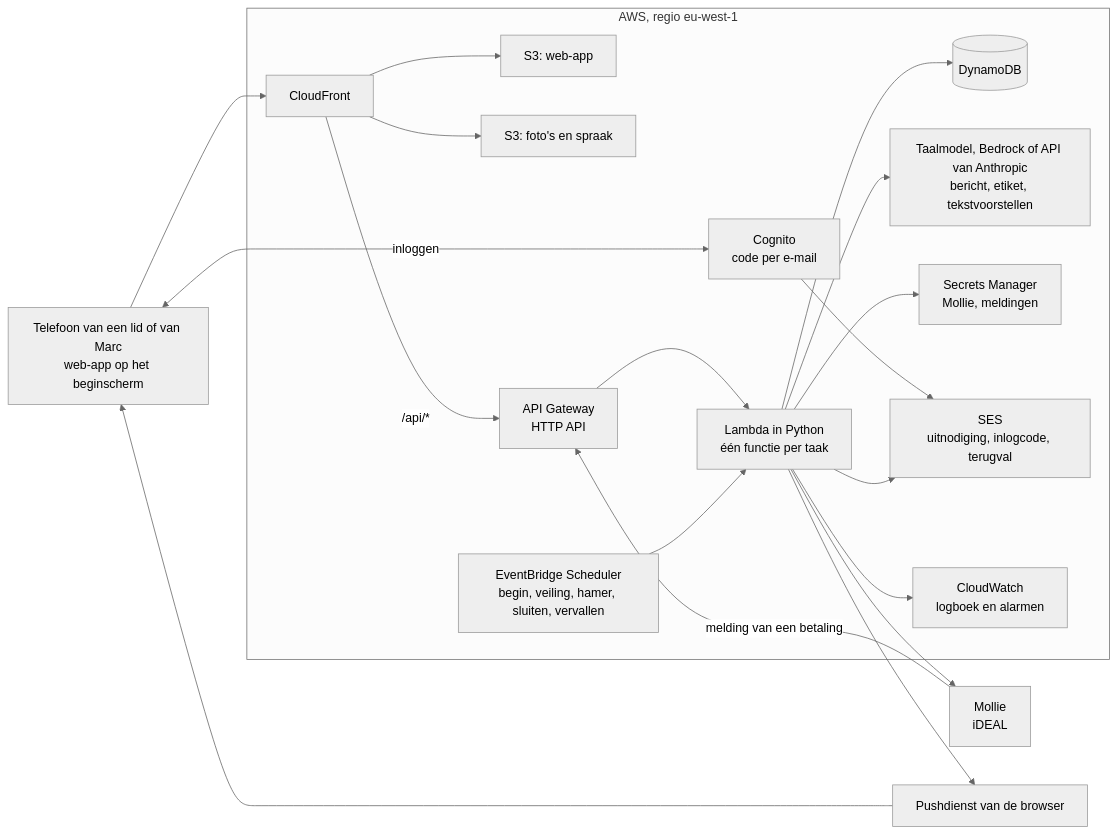
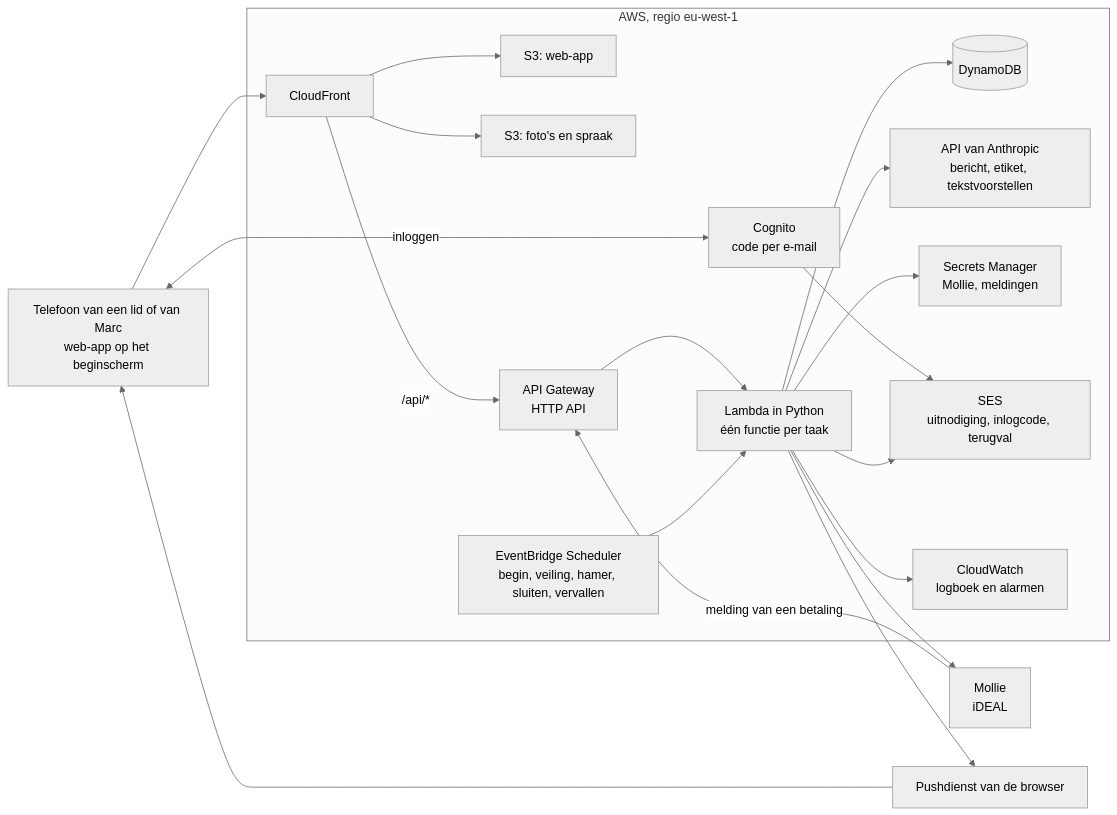
One commit to aidanvanlatestein-jpg/MarcsWijnClub changed the first of 3 diagrams in pilotplan-marcs-wijnclub.md. Above: the diagram before and after it, drawn with Mermaid (neutral theme). The commit also changed other lines of this file and 5 other files, not shown here.

First line of the commit message:
Roadmap 1: route gekozen, bouwplan 1B voor de API van Anthropic

````diff
--- a/pilotplan-marcs-wijnclub.md
+++ b/pilotplan-marcs-wijnclub.md
@@ -270,38 +270,38 @@
 ```mermaid
 flowchart LR
     tel["Telefoon van een lid of van Marc<br/>web-app op het beginscherm"]
     subgraph aws["AWS, regio eu-west-1"]
         cf["CloudFront"]
         web["S3: web-app"]
         foto["S3: foto's en spraak"]
         cog["Cognito<br/>code per e-mail"]
         api["API Gateway<br/>HTTP API"]
         fn["Lambda in Python<br/>één functie per taak"]
         db[("DynamoDB")]
         sch["EventBridge Scheduler<br/>begin, veiling, hamer, sluiten, vervallen"]
-        llm["Taalmodel, Bedrock of API van Anthropic<br/>bericht, etiket, tekstvoorstellen"]
+        llm["API van Anthropic<br/>bericht, etiket, tekstvoorstellen"]
         sec["Secrets Manager<br/>Mollie, meldingen"]
         ses["SES<br/>uitnodiging, inlogcode, terugval"]
         cw["CloudWatch<br/>logboek en alarmen"]
     end
     mol["Mollie<br/>iDEAL"]
     push["Pushdienst van de browser"]
 
     tel --> cf
     cf --> web
     cf --> foto
     cf -- "/api/*" --> api
     tel <-- "inloggen" --> cog
     cog --> ses
     api --> fn
     fn --> db
     fn --> llm
     fn --> sec
     fn --> mol
     mol -- "melding van een betaling" --> api
     sch --> fn
     fn --> push
     fn --> ses
     fn --> cw
     push --> tel
 ```
````
